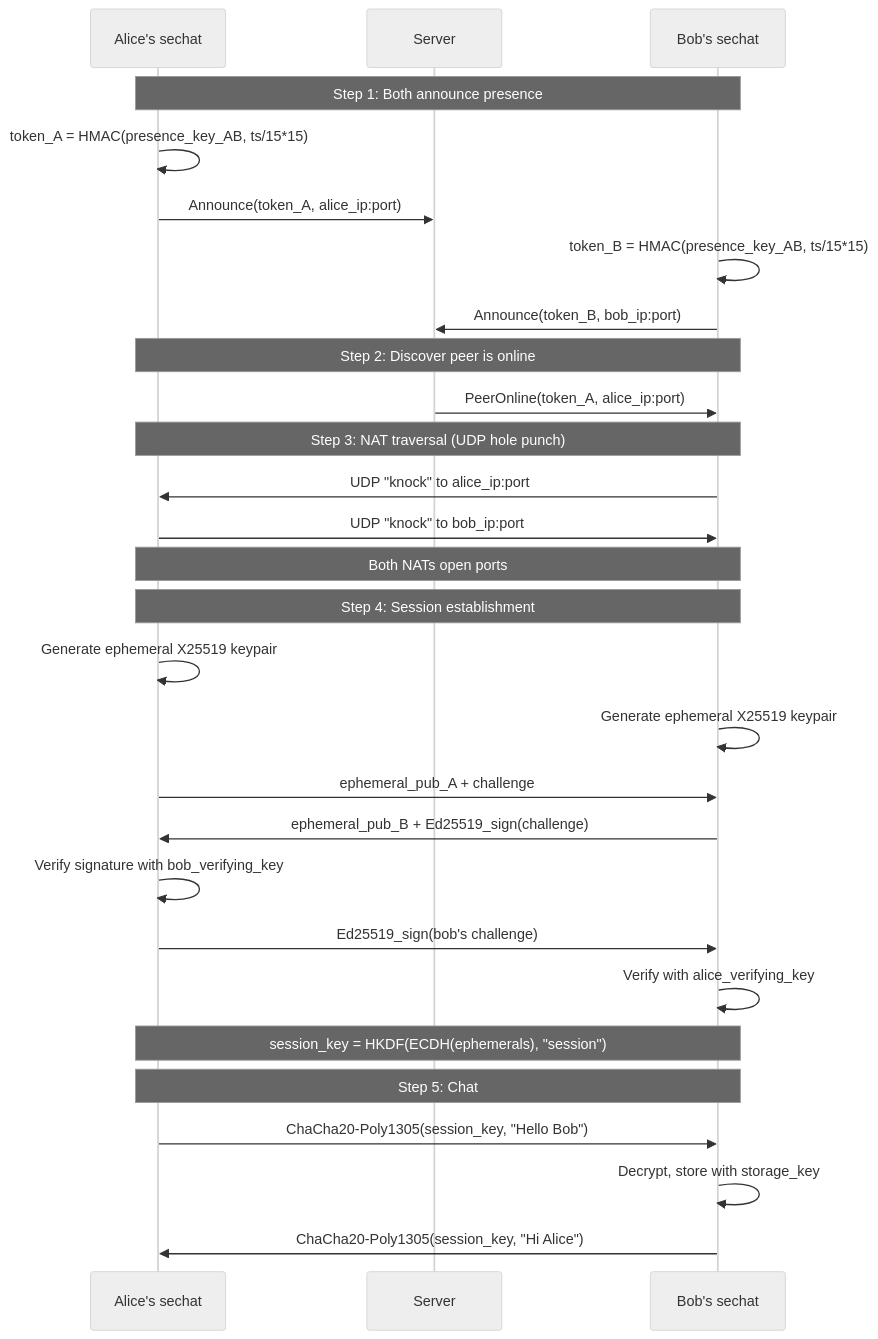
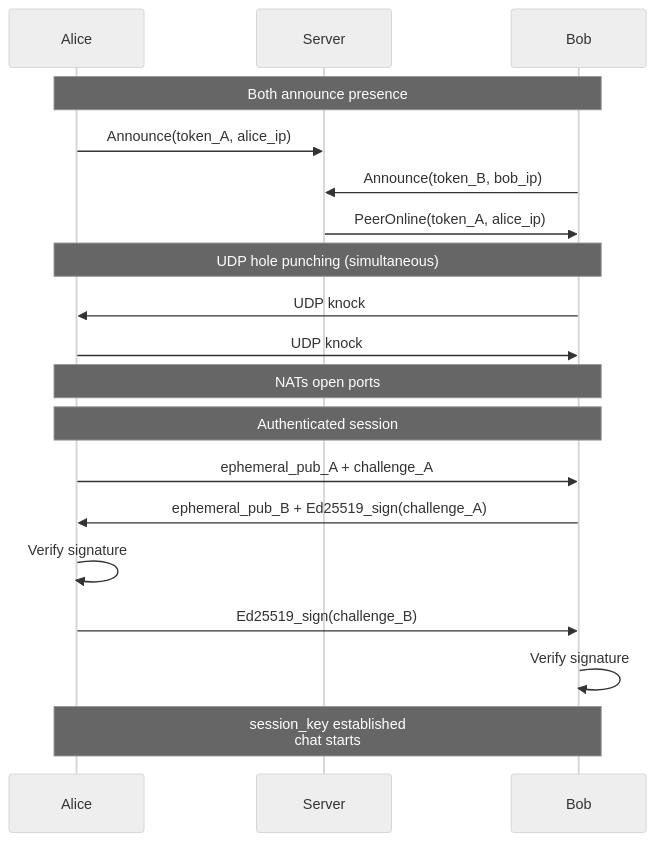
Before and after one commit to dhmztr/sechat-client: the seventh of 9 diagrams in C4.md, drawn with Mermaid (neutral theme). The commit also changed other lines of this file and 2 other files, not shown here.

Commit message:
Fix C4 charts, add licence

````diff
--- a/C4.md
+++ b/C4.md
@@ -204,35 +206,29 @@
 ```mermaid
 sequenceDiagram
-    participant AliceApp as Alice's sechat
+    participant Alice
     participant Server
-    participant BobApp as Bob's sechat
+    participant Bob
 
-    Note over AliceApp,BobApp: Step 1: Both announce presence
-    AliceApp->>AliceApp: token_A = HMAC(presence_key_AB, ts/15*15)
-    AliceApp->>Server: Announce(token_A, alice_ip:port)
-    BobApp->>BobApp: token_B = HMAC(presence_key_AB, ts/15*15)
-    BobApp->>Server: Announce(token_B, bob_ip:port)
+    Note over Alice,Bob: Both announce presence
 
-    Note over AliceApp,BobApp: Step 2: Discover peer is online
-    Server->>BobApp: PeerOnline(token_A, alice_ip:port)
+    Alice->>Server: Announce(token_A, alice_ip)
+    Bob->>Server: Announce(token_B, bob_ip)
 
-    Note over AliceApp,BobApp: Step 3: NAT traversal (UDP hole punch)
-    BobApp->>AliceApp: UDP "knock" to alice_ip:port
-    AliceApp->>BobApp: UDP "knock" to bob_ip:port
-    Note over AliceApp,BobApp: Both NATs open ports
+    Server->>Bob: PeerOnline(token_A, alice_ip)
 
-    Note over AliceApp,BobApp: Step 4: Session establishment
-    AliceApp->>AliceApp: Generate ephemeral X25519 keypair
-    BobApp->>BobApp: Generate ephemeral X25519 keypair
-    AliceApp->>BobApp: ephemeral_pub_A + challenge
-    BobApp->>AliceApp: ephemeral_pub_B + Ed25519_sign(challenge)
-    AliceApp->>AliceApp: Verify signature with bob_verifying_key
-    AliceApp->>BobApp: Ed25519_sign(bob's challenge)
-    BobApp->>BobApp: Verify with alice_verifying_key
-    Note over AliceApp,BobApp: session_key = HKDF(ECDH(ephemerals), "session")
+    Note over Alice,Bob: UDP hole punching (simultaneous)
 
-    Note over AliceApp,BobApp: Step 5: Chat
-    AliceApp->>BobApp: ChaCha20-Poly1305(session_key, "Hello Bob")
-    BobApp->>BobApp: Decrypt, store with storage_key
-    BobApp->>AliceApp: ChaCha20-Poly1305(session_key, "Hi Alice")
+    Bob->>Alice: UDP knock
+    Alice->>Bob: UDP knock
+    Note over Alice,Bob: NATs open ports
+
+    Note over Alice,Bob: Authenticated session
+
+    Alice->>Bob: ephemeral_pub_A + challenge_A
+    Bob->>Alice: ephemeral_pub_B + Ed25519_sign(challenge_A)
+    Alice->>Alice: Verify signature
+    Alice->>Bob: Ed25519_sign(challenge_B)
+    Bob->>Bob: Verify signature
+
+    Note over Alice,Bob: session_key established<br/>chat starts
 ```
````
